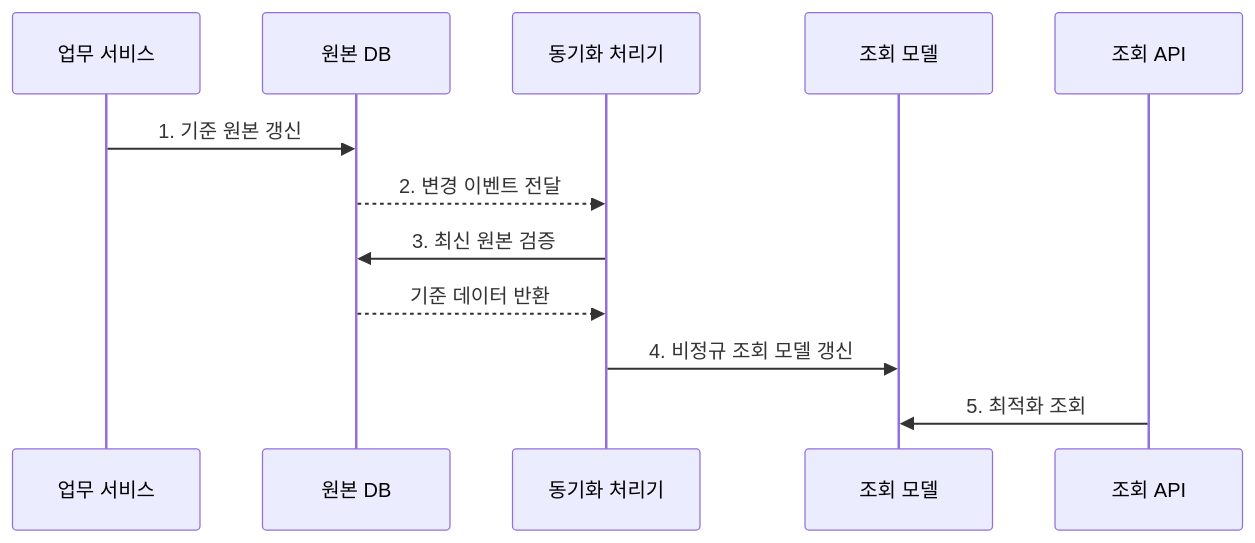
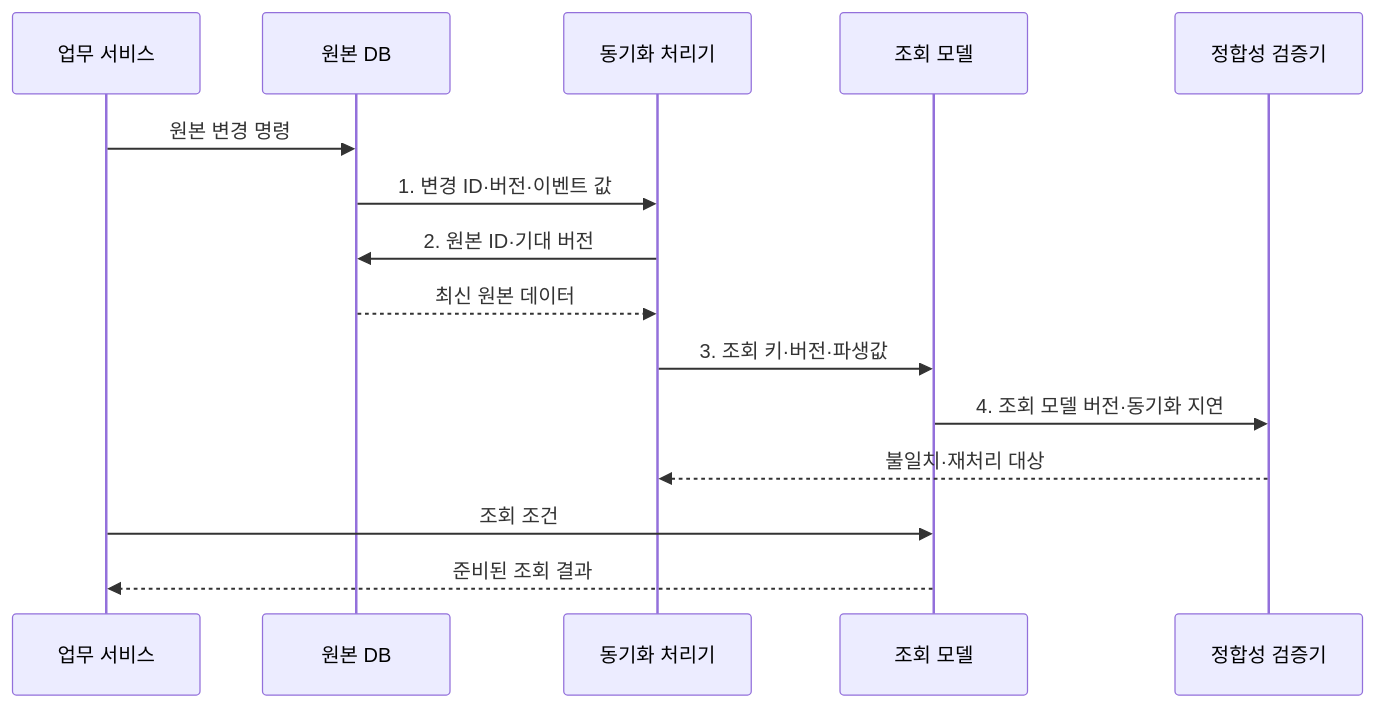
Before and after one commit to agnusdei1207/knowledge-base: the second of 2 diagrams in src/content/docs/notes/03-software/090_denormalization.md, drawn with Mermaid. The commit also changed other lines of this file and 20 other files, not shown here.

````diff
--- a/src/content/docs/notes/03-software/090_denormalization.md
+++ b/src/content/docs/notes/03-software/090_denormalization.md
@@ -77,14 +87,17 @@
 ```mermaid
 sequenceDiagram
     participant APP as 업무 서비스
     participant DB as 원본 DB
     participant SYNC as 동기화 처리기
     participant READ as 조회 모델
-    participant API as 조회 API
-    APP->>DB: 1. 기준 원본 갱신
-    DB-->>SYNC: 2. 변경 이벤트 전달
-    SYNC->>DB: 3. 최신 원본 검증
-    DB-->>SYNC: 기준 데이터 반환
-    SYNC->>READ: 4. 비정규 조회 모델 갱신
-    API->>READ: 5. 최적화 조회
+    participant V as 정합성 검증기
+    APP->>DB: 원본 변경 명령
+    DB->>SYNC: 1. 변경 ID·버전·이벤트 값
+    SYNC->>DB: 2. 원본 ID·기대 버전
+    DB-->>SYNC: 최신 원본 데이터
+    SYNC->>READ: 3. 조회 키·버전·파생값
+    READ->>V: 4. 조회 모델 버전·동기화 지연
+    V-->>SYNC: 불일치·재처리 대상
+    APP->>READ: 조회 조건
+    READ-->>APP: 준비된 조회 결과
 ```
````
